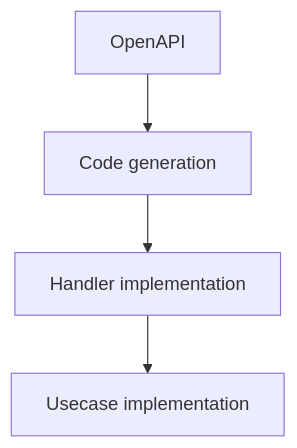
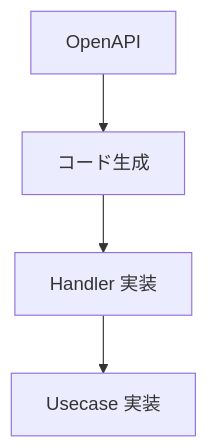
The fifth of 7 diagrams in docs/index.md (Tomy-ch/go-boilerplate), drawn with Mermaid before and after one commit. The commit also changed other lines of this file and 970 other files, not shown here.

````diff
--- a/docs/index.md
+++ b/docs/index.md
@@ -92,4 +92,4 @@
 ```mermaid
 flowchart TB
-    OpenAPI --> Gen["Code generation"] --> Handler["Handler implementation"] --> Usecase["Usecase implementation"]
+    OpenAPI --> Gen["コード生成"] --> Handler["Handler 実装"] --> Usecase["Usecase 実装"]
 ```
````
